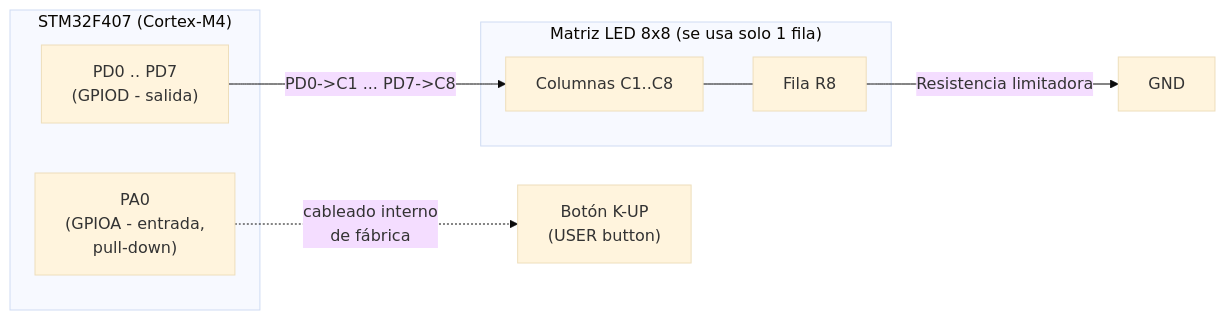
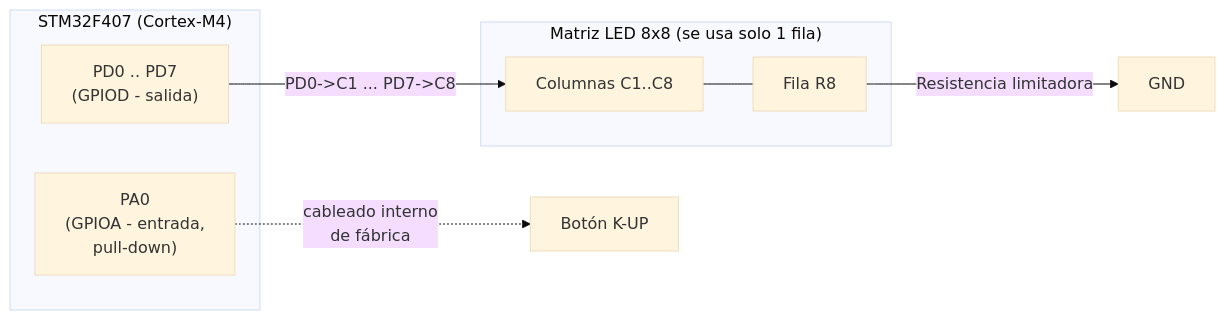
The diagram in docs/05_diagrama_hardware.md (Marco-Guardia/ruleta-precision-stm32f407), drawn with Mermaid (base theme) before and after one commit. The commit also changed other lines of this file, not shown here.

````diff
--- a/docs/05_diagrama_hardware.md
+++ b/docs/05_diagrama_hardware.md
@@ -32,18 +31,18 @@
 ```mermaid
 flowchart LR
     subgraph MCU["STM32F407 (Cortex-M4)"]
         PD0P7["PD0 .. PD7\n(GPIOD - salida)"]
         PA0["PA0\n(GPIOA - entrada,\npull-down)"]
     end
 
     subgraph MATRIZ["Matriz LED 8x8 (se usa solo 1 fila)"]
         C1_8["Columnas C1..C8"]
         R8["Fila R8"]
     end
 
     PD0P7 -->|"PD0->C1 ... PD7->C8"| C1_8
     C1_8 --- R8
     R8 -->|"Resistencia limitadora"| GND1[GND]
 
-    PA0 -.->|"cableado interno\nde fábrica"| KUP["Botón K-UP\n(USER button)"]
+    PA0 -.->|"cableado interno\nde fábrica"| KUP["Botón K-UP"]
 ```
````
